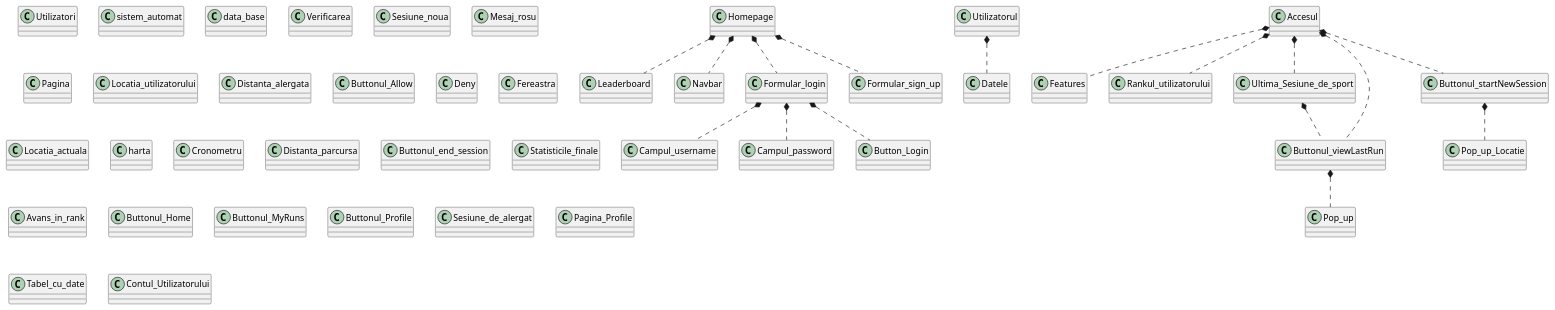
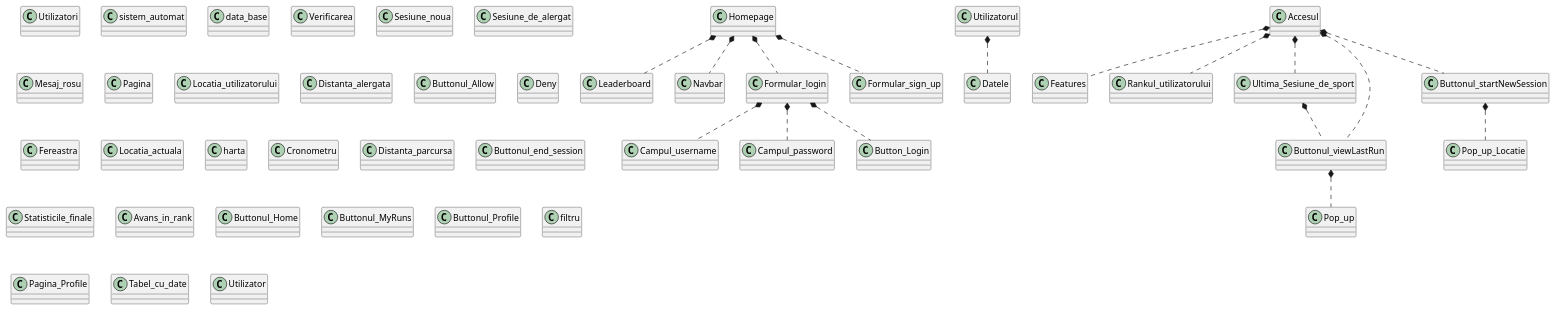
One commit to kechillosh/req changed the diagram in ok.puml. Above: the diagram before and after it, drawn with PlantUML. The commit also changed 2 other files, not shown here.

```diff
--- a/ok.puml
+++ b/ok.puml
@@ -1,174 +1,180 @@
 @startuml
 'https://plantuml.com/class-diagram
 
 class Homepage{
 }
 
 class Leaderboard{
 }
 
 class Utilizatori{
 }
 
 class Navbar{
 }
 
 class Formular_login{
 }
 
 class Formular_sign_up{
 }
 
 class Campul_username{
 }
 
 class Campul_password{
 }
 
 class Button_Login {
 }
 
 class Utilizatorul{
 }
 
 class Datele{
 }
 
 class sistem_automat{
 }
 
 class data_base {
 }
 
 class Verificarea{
 }
 
 class Accesul{
 }
 
 class Features{
 }
 
 class Rankul_utilizatorului{
 }
 
 class Ultima_Sesiune_de_sport{
 }
 
 class Buttonul_viewLastRun{
 }
 
 class Sesiune_noua{
 }
 
+class Pop_up{
+}
+
+class Sesiune_de_alergat{
+}
+
 class Buttonul_startNewSession{
 }
 
 class Mesaj_rosu{
 }
 
 class Pagina {
 }
 
 class Locatia_utilizatorului {
 }
 
 class Distanta_alergata {
 }
 
 class Pop_up_Locatie {
 }
 
 class Buttonul_Allow {
 }
 
 class Deny{
 }
 
 class Fereastra {
 }
 
 class Locatia_actuala {
 }
 
 class harta {
 }
 
 class Cronometru {
 }
 
 class Distanta_parcursa {
 }
 
 class Buttonul_end_session {
 }
 
 class Statisticile_finale {
 }
 
 class Avans_in_rank {
 }
 
 class Buttonul_Home {
 }
 
 class Buttonul_MyRuns {
 }
 
 class Buttonul_Profile {
 }
 
+class filtru {
+}
+
+class Homepage {
+}
 
 
 
 
-class Pop_up{
-}
 
-class Sesiune_de_alergat{
-}
 
-class Buttonul_Profile{
-}
 
 class Pagina_Profile {
 }
 
 class Tabel_cu_date {
 }
 
-class Contul_Utilizatorului {
+class Utilizator {
 }
+
 
 
 
 
 
 Homepage *.. Leaderboard
 Homepage *.. Navbar
 Homepage *.. Formular_login
 Homepage *.. Formular_sign_up
 
 
 Formular_login *.. Campul_username
 Formular_login *.. Campul_password
 Formular_login *.. Button_Login
 
 
 
 Utilizatorul *.. Datele
 
 Accesul *.. Features
 Accesul *.. Rankul_utilizatorului
 Accesul *.. Ultima_Sesiune_de_sport
 Ultima_Sesiune_de_sport *.. Buttonul_viewLastRun
 Accesul *.. Buttonul_viewLastRun
 Accesul *.. Buttonul_startNewSession
 
 Buttonul_viewLastRun *.. Pop_up
 
 Buttonul_startNewSession *.. Pop_up_Locatie
 
 
 
 @enduml
```
